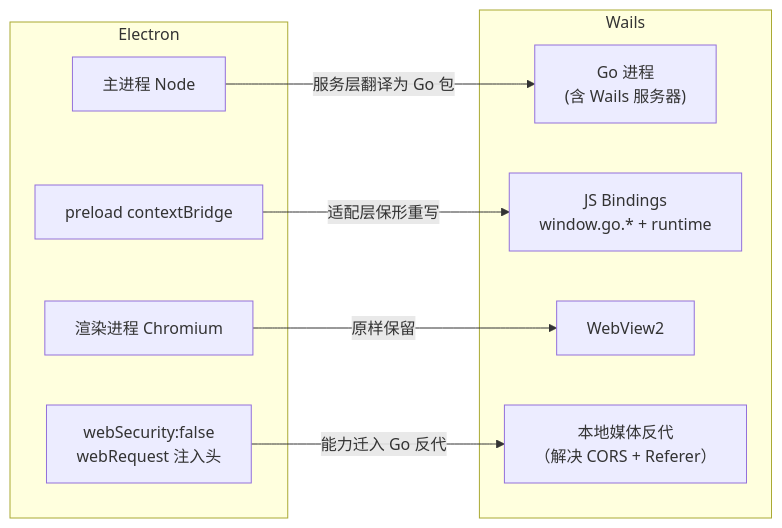
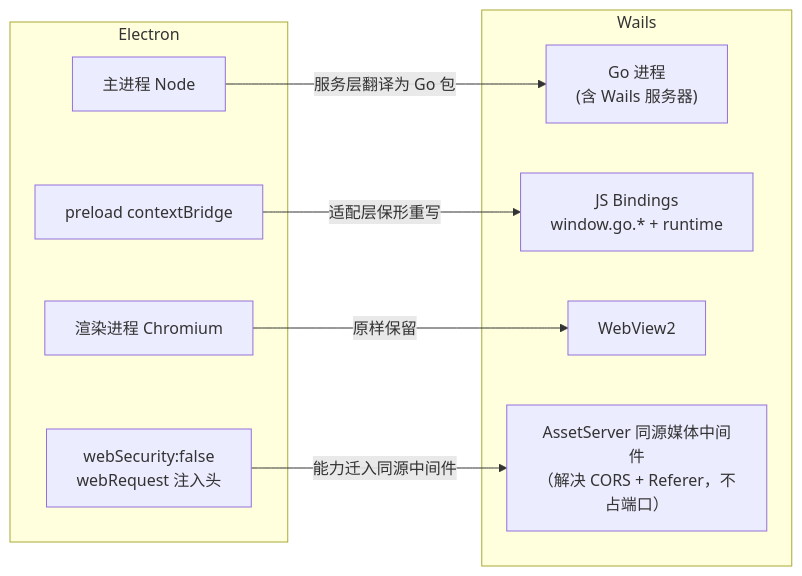
One commit to chengshengru/tvbox-desktop changed the third of 6 diagrams in .trae/documents/Electron项目改造Go-Wails详细方案.md. Above: the diagram before and after it, drawn with Mermaid. The commit also changed other lines of this file, not shown here.

````diff
--- a/.trae/documents/Electron项目改造Go-Wails详细方案.md
+++ b/.trae/documents/Electron项目改造Go-Wails详细方案.md
@@ -170,19 +170,19 @@
 ```mermaid
 graph LR
     subgraph Electron
         E1[主进程 Node]
         E2[preload contextBridge]
         E3[渲染进程 Chromium]
         E4["webSecurity:false<br/>webRequest 注入头"]
     end
     subgraph Wails
         W1["Go 进程<br/>(含 Wails 服务器)"]
         W2["JS Bindings<br/>window.go.* + runtime"]
         W3[WebView2]
-        W4["本地媒体反代<br/>（解决 CORS + Referer）"]
+        W4["AssetServer 同源媒体中间件<br/>（解决 CORS + Referer，不占端口）"]
     end
     E1 -->|服务层翻译为 Go 包| W1
     E2 -->|适配层保形重写| W2
     E3 -->|原样保留| W3
-    E4 -->|能力迁入 Go 反代| W4
+    E4 -->|能力迁入同源中间件| W4
 ```
````
